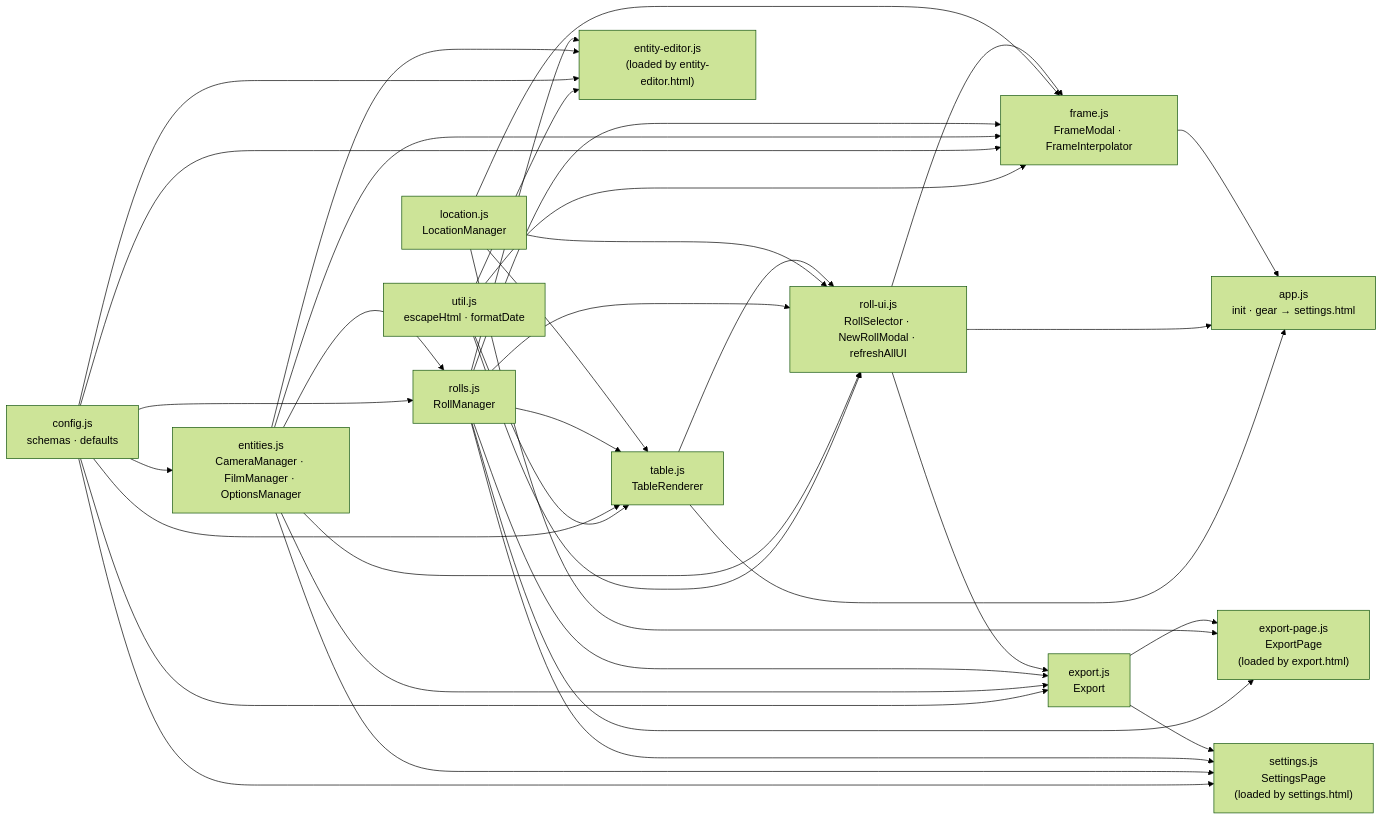
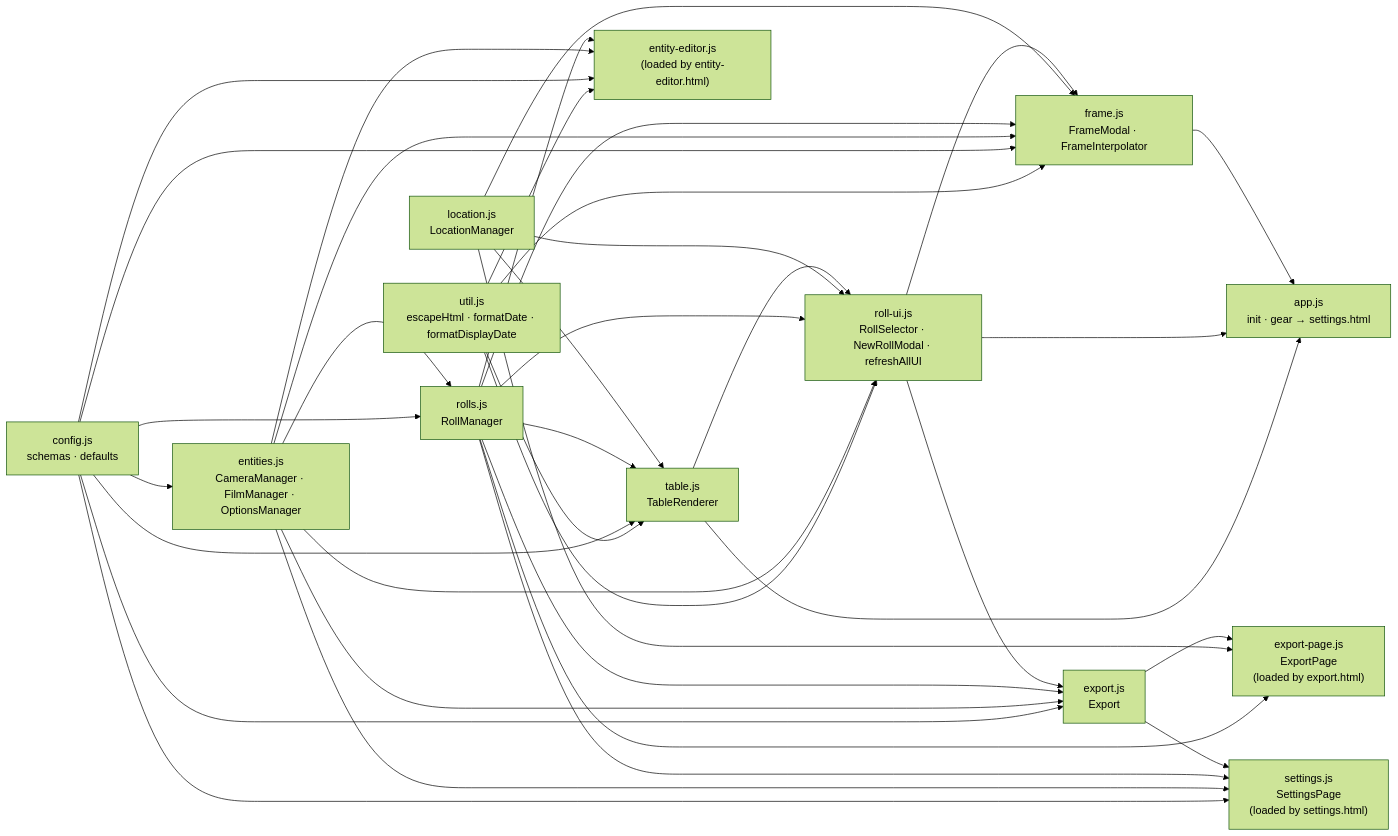
One commit to caksoylar/rolleirecord changed the first of 5 diagrams in architecture.md. Above: the diagram before and after it, drawn with Mermaid (forest theme). The commit also changed other lines of this file and 3 other files, not shown here.

Commit message:
refactor: share display date formatting

````diff
--- a/architecture.md
+++ b/architecture.md
@@ -48,59 +48,59 @@
 ```mermaid
 graph LR
-    util["util.js\nescapeHtml · formatDate"]
+    util["util.js\nescapeHtml · formatDate · formatDisplayDate"]
     config["config.js\nschemas · defaults"]
     entities["entities.js\nCameraManager · FilmManager · OptionsManager"]
     rolls["rolls.js\nRollManager"]
     location["location.js\nLocationManager"]
     table["table.js\nTableRenderer"]
     roll_ui["roll-ui.js\nRollSelector · NewRollModal · refreshAllUI"]
     export_["export.js\nExport"]
     export_page["export-page.js\nExportPage\n(loaded by export.html)"]
     frame["frame.js\nFrameModal · FrameInterpolator"]
     app["app.js\ninit · gear → settings.html"]
     entity_editor["entity-editor.js\n(loaded by entity-editor.html)"]
     settings["settings.js\nSettingsPage\n(loaded by settings.html)"]
 
     util --> table
     util --> roll_ui
     util --> frame
     util --> entity_editor
 
     config --> entities
     config --> rolls
     config --> table
     config --> frame
     config --> export_
     config --> entity_editor
     config --> settings
 
     entities --> rolls
     entities --> roll_ui
     entities --> frame
     entities --> export_
     entities --> entity_editor
     entities --> settings
 
     rolls --> roll_ui
     rolls --> table
     rolls --> frame
     rolls --> export_
     rolls --> export_page
     rolls --> settings
     rolls --> entity_editor
 
     location --> table
     location --> roll_ui
     location --> frame
     location --> export_page
 
     table --> roll_ui
     table --> app
 
     roll_ui --> app
     roll_ui --> export_
     roll_ui --> frame
     export_ --> settings
     export_ --> export_page
     frame --> app
 ```
````
